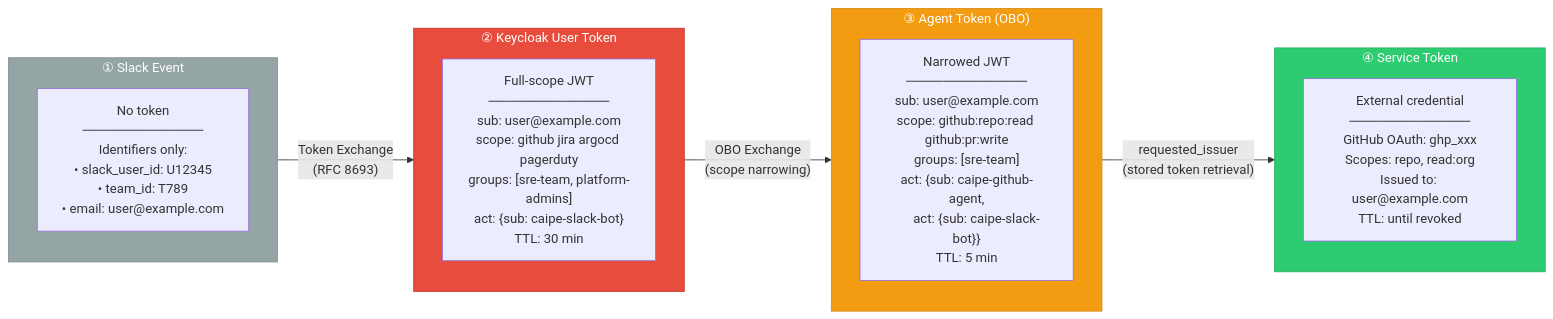
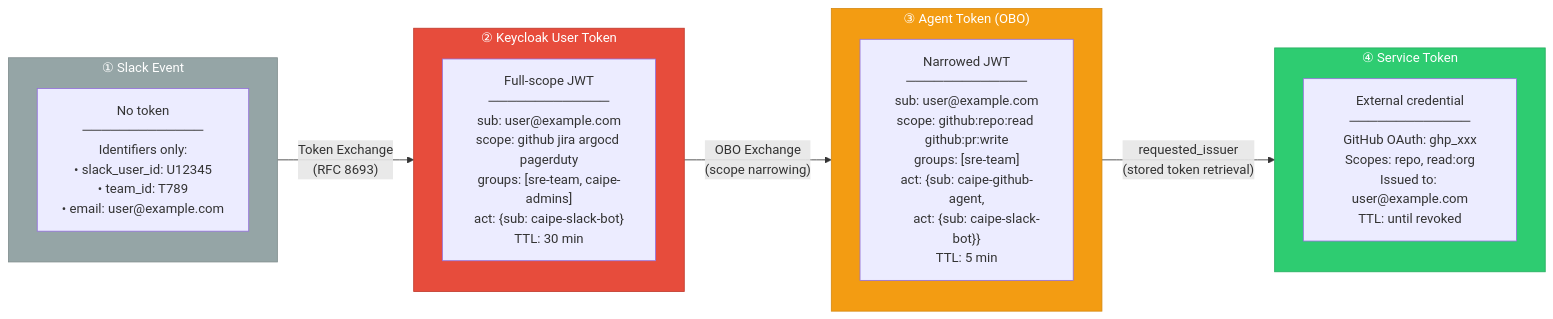
One commit to cnoe-io/ai-platform-engineering changed the seventh of 10 diagrams in docs/docs/architecture/slack-bot-authorization.md. Above: the diagram before and after it, drawn with Mermaid. The commit also changed other lines of this file and 88 other files, not shown here.

````diff
--- a/docs/docs/architecture/slack-bot-authorization.md
+++ b/docs/docs/architecture/slack-bot-authorization.md
@@ -349,27 +349,27 @@
 ```mermaid
 graph LR
     subgraph T1["① Slack Event"]
         S1["No token<br/>─────────────<br/>Identifiers only:<br/>• slack_user_id: U12345<br/>• team_id: T789<br/>• email: user@example.com"]
     end
 
     subgraph T2["② Keycloak User Token"]
-        S2["Full-scope JWT<br/>─────────────<br/>sub: user@example.com<br/>scope: github jira argocd pagerduty<br/>groups: [sre-team, platform-admins]<br/>act: {sub: caipe-slack-bot}<br/>TTL: 30 min"]
+        S2["Full-scope JWT<br/>─────────────<br/>sub: user@example.com<br/>scope: github jira argocd pagerduty<br/>groups: [sre-team, caipe-admins]<br/>act: {sub: caipe-slack-bot}<br/>TTL: 30 min"]
     end
 
     subgraph T3["③ Agent Token (OBO)"]
         S3["Narrowed JWT<br/>─────────────<br/>sub: user@example.com<br/>scope: github:repo:read github:pr:write<br/>groups: [sre-team]<br/>act: {sub: caipe-github-agent,<br/>      act: {sub: caipe-slack-bot}}<br/>TTL: 5 min"]
     end
 
     subgraph T4["④ Service Token"]
         S4["External credential<br/>─────────────<br/>GitHub OAuth: ghp_xxx<br/>Scopes: repo, read:org<br/>Issued to: user@example.com<br/>TTL: until revoked"]
     end
 
     T1 -->|"Token Exchange<br/>(RFC 8693)"| T2
     T2 -->|"OBO Exchange<br/>(scope narrowing)"| T3
     T3 -->|"requested_issuer<br/>(stored token retrieval)"| T4
 
     style T1 fill:#95a5a6,color:#fff,stroke:#7f8c8d
     style T2 fill:#e74c3c,color:#fff,stroke:#c0392b
     style T3 fill:#f39c12,color:#fff,stroke:#d68910
     style T4 fill:#2ecc71,color:#fff,stroke:#27ae60
 ```
````
